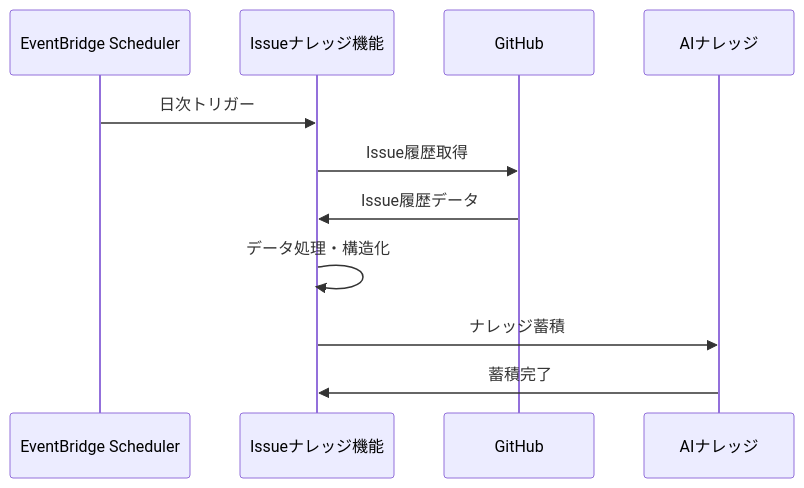
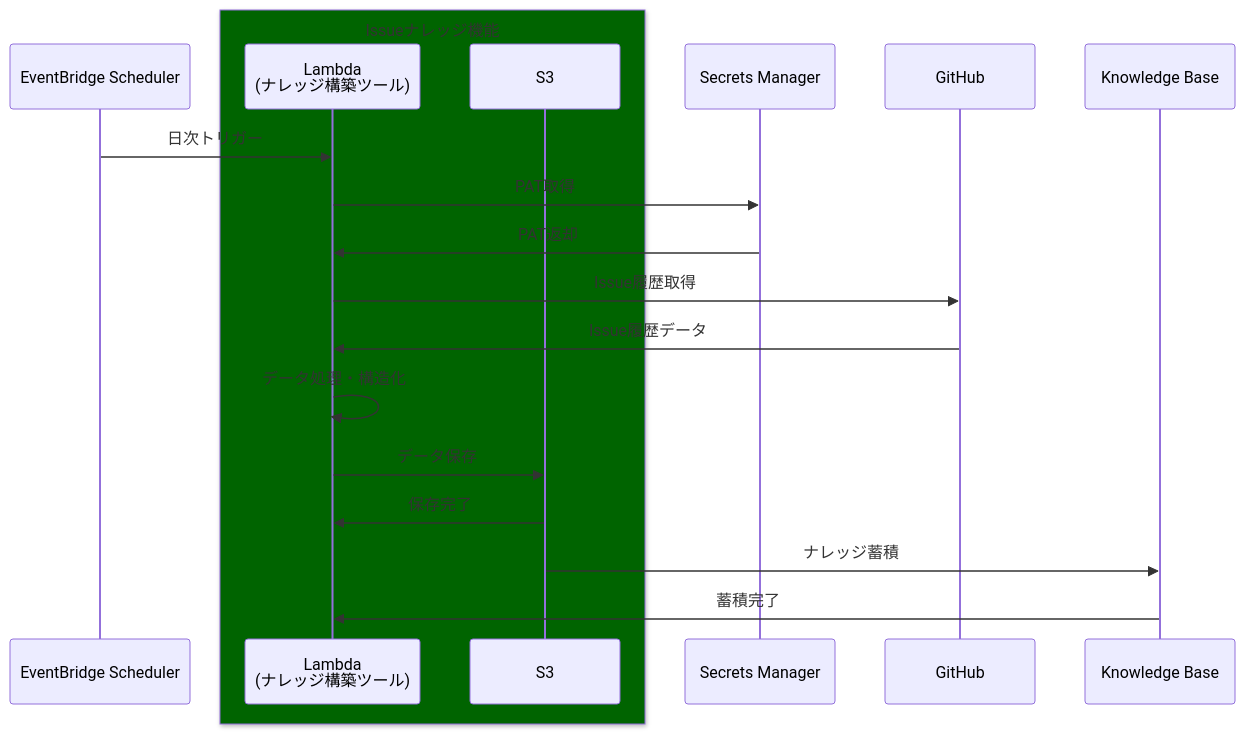
The fourth of 7 diagrams in DESIGN.md (nangashi/ai-test), drawn with Mermaid before and after one commit. The commit also changed other lines of this file, not shown here.

````diff
--- a/DESIGN.md
+++ b/DESIGN.md
@@ -117,14 +132,24 @@
 ```mermaid
 sequenceDiagram
     participant ES as EventBridge Scheduler
-    participant INF as Issueナレッジ機能
+    
+    box darkgreen Issueナレッジ機能
+        participant KBT as Lambda<br/>(ナレッジ構築ツール)
+        participant S3 as S3
+    end
+    
+    participant SM as Secrets Manager
     participant GH as GitHub
-    participant AN as AIナレッジ
+    participant KB as Knowledge Base
 
-    ES->>INF: 日次トリガー
-    INF->>GH: Issue履歴取得
-    GH->>INF: Issue履歴データ
-    INF->>INF: データ処理・構造化
-    INF->>AN: ナレッジ蓄積
-    AN->>INF: 蓄積完了
+    ES->>KBT: 日次トリガー
+    KBT->>SM: PAT取得
+    SM->>KBT: PAT返却
+    KBT->>GH: Issue履歴取得
+    GH->>KBT: Issue履歴データ
+    KBT->>KBT: データ処理・構造化
+    KBT->>S3: データ保存
+    S3->>KBT: 保存完了
+    S3->>KB: ナレッジ蓄積
+    KB->>KBT: 蓄積完了
 ```
````
